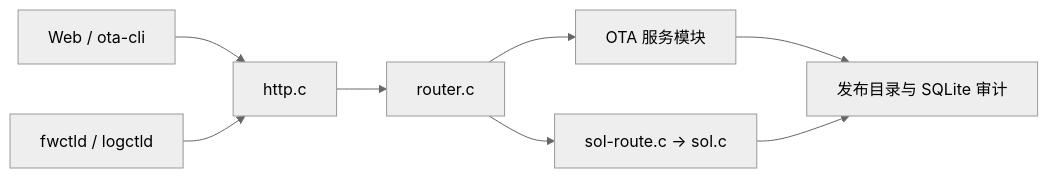
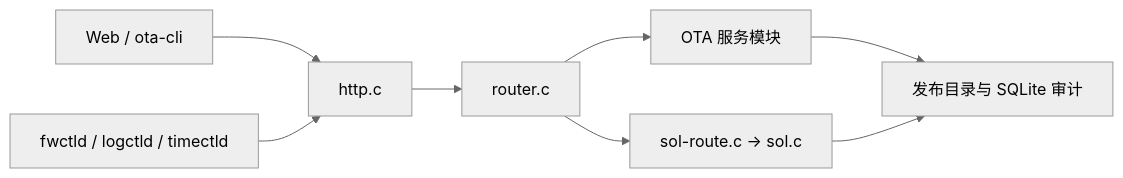
The first of 2 diagrams in docs/architecture.md (linux-bsp/device-manager), drawn with Mermaid (neutral theme) before and after one commit. The commit also changed other lines of this file and 24 other files, not shown here.

````diff
--- a/docs/architecture.md
+++ b/docs/architecture.md
@@ -17,10 +18,10 @@
 ```mermaid
 flowchart LR
   Browser[Web / ota-cli] --> HTTP[http.c]
-  Device[fwctld / logctld] --> HTTP
+  Device[fwctld / logctld / timectld] --> HTTP
   HTTP --> Router[router.c]
   Router --> OTA[OTA 服务模块]
   Router --> SOL[sol-route.c → sol.c]
   OTA --> Feed[发布目录与 SQLite 审计]
   SOL --> Feed
 ```
````
